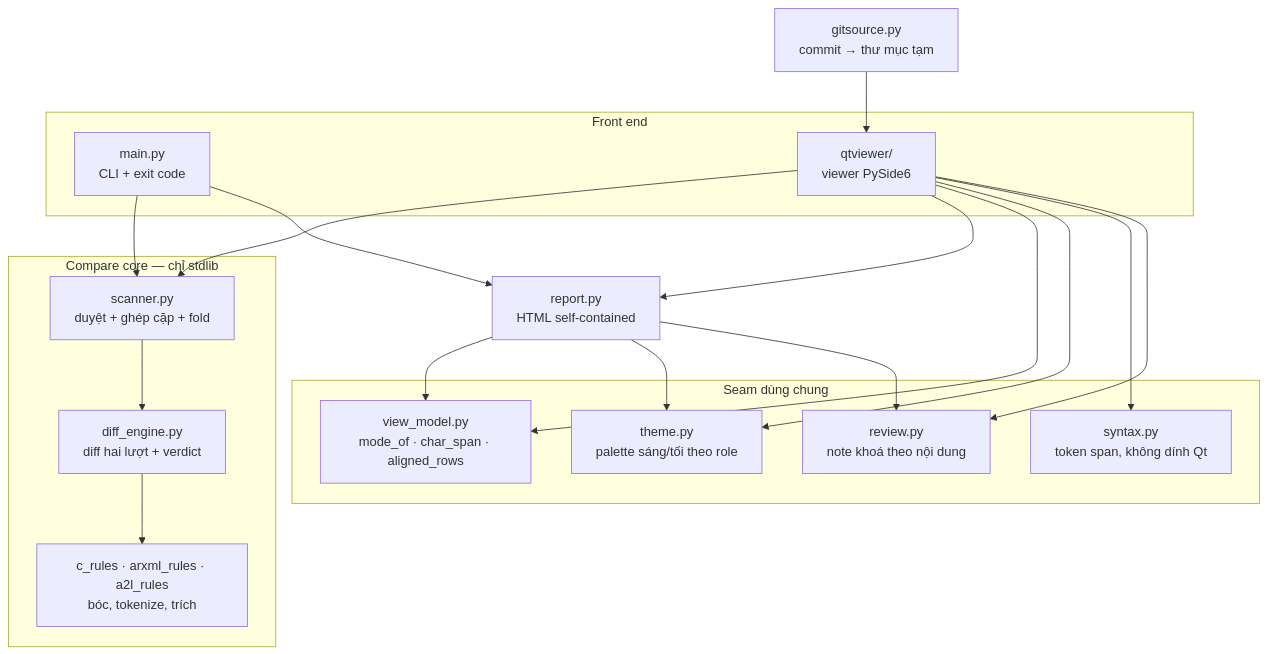
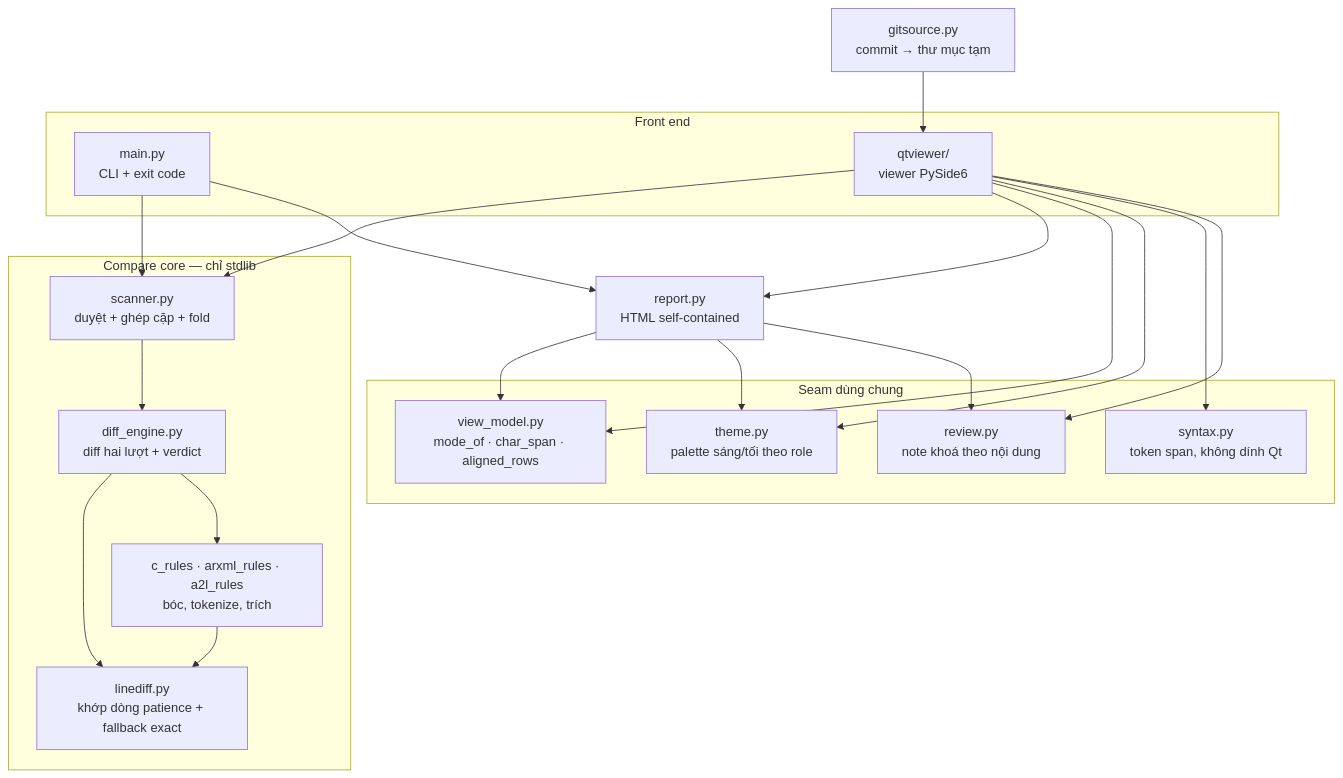
Before and after one commit to longvo92/codegen-compare-tool: the first of 2 diagrams in docs/vi/architecture.md, drawn with Mermaid. The commit also changed other lines of this file and 7 other files, not shown here.

````diff
--- a/docs/vi/architecture.md
+++ b/docs/vi/architecture.md
@@ -25,35 +25,38 @@
 ```mermaid
 flowchart TD
     subgraph front[Front end]
         CLI[main.py<br/>CLI + exit code]
         QT[qtviewer/<br/>viewer PySide6]
     end
     subgraph core[Compare core — chỉ stdlib]
         SC[scanner.py<br/>duyệt + ghép cặp + fold]
         DE[diff_engine.py<br/>diff hai lượt + verdict]
+        LD[linediff.py<br/>khớp dòng patience + fallback exact]
         RULES[c_rules · arxml_rules · a2l_rules<br/>bóc, tokenize, trích]
     end
     subgraph shared[Seam dùng chung]
         VM[view_model.py<br/>mode_of · char_span · aligned_rows]
         TH[theme.py<br/>palette sáng/tối theo role]
         RV[review.py<br/>note khoá theo nội dung]
         SY[syntax.py<br/>token span, không dính Qt]
     end
     RP[report.py<br/>HTML self-contained]
     GS[gitsource.py<br/>commit → thư mục tạm]
 
     CLI --> SC
     QT --> SC
     GS --> QT
     SC --> DE
+    DE --> LD
     DE --> RULES
+    RULES --> LD
     CLI --> RP
     QT --> RP
     RP --> VM
     QT --> VM
     RP --> TH
     QT --> TH
     QT --> SY
     RP --> RV
     QT --> RV
 ```
````
